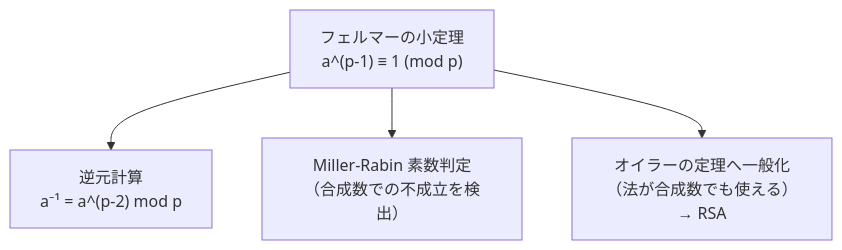
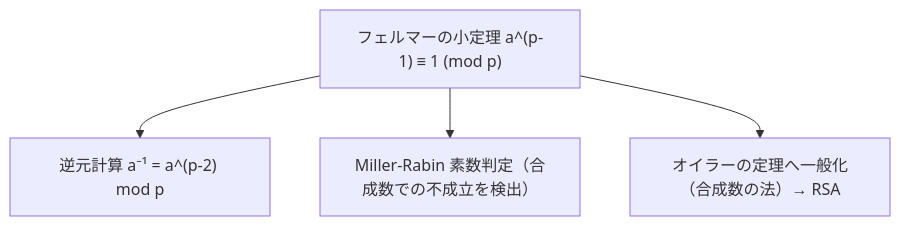
One commit to SomaTomita/sec-prep changed the diagram in topics/01_prerequisites/01_math-for-crypto/03_number-theory/02_fermat-little-theorem.md. Above: the diagram before and after it, drawn with Mermaid. The commit also changed other lines of this file and 5 other files, not shown here.

````diff
--- a/topics/01_prerequisites/01_math-for-crypto/03_number-theory/02_fermat-little-theorem.md
+++ b/topics/01_prerequisites/01_math-for-crypto/03_number-theory/02_fermat-little-theorem.md
@@ -73,6 +80,6 @@
 ```mermaid
 flowchart TD
-    F["フェルマーの小定理<br/>a^(p-1) ≡ 1 (mod p)"] --> INV["逆元計算<br/>a⁻¹ = a^(p-2) mod p"]
-    F --> MR["Miller-Rabin 素数判定<br/>（合成数での不成立を検出）"]
-    F --> EU["オイラーの定理へ一般化<br/>（法が合成数でも使える）→ RSA"]
+    F["フェルマーの小定理 a^(p-1) ≡ 1 (mod p)"] --> INV["逆元計算 a⁻¹ = a^(p-2) mod p"]
+    F --> MR["Miller-Rabin 素数判定（合成数での不成立を検出）"]
+    F --> EU["オイラーの定理へ一般化（合成数の法）→ RSA"]
 ```
````
